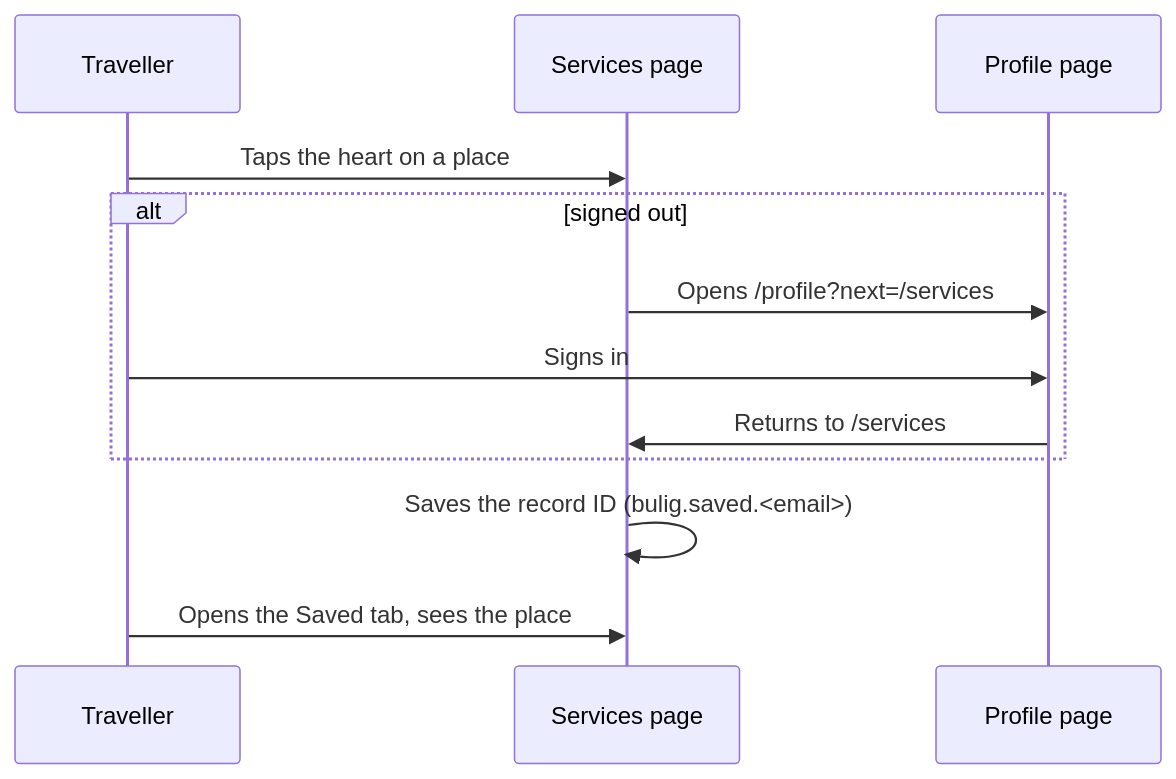
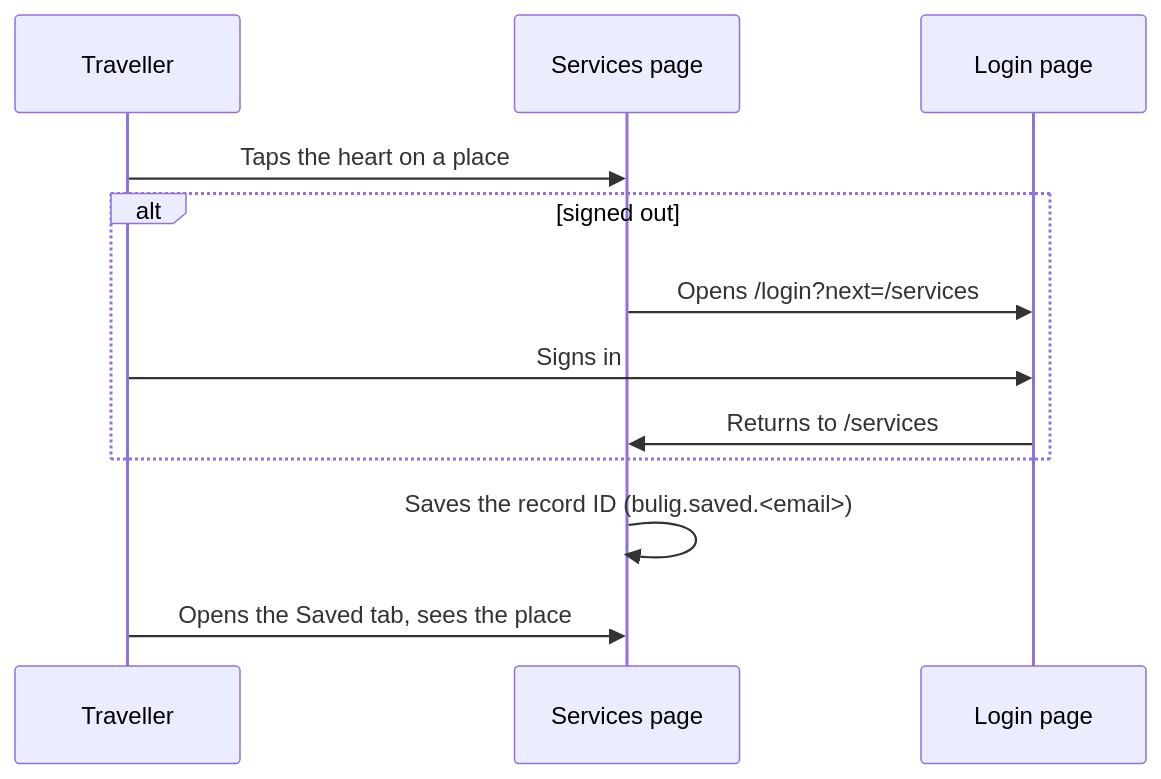
Before and after one commit to gitpushfrances/bulig: the third of 4 diagrams in docs/WORKFLOW.md, drawn with Mermaid. The commit also changed other lines of this file and 63 other files, not shown here.

````diff
--- a/docs/WORKFLOW.md
+++ b/docs/WORKFLOW.md
@@ -58,14 +58,14 @@
 ```mermaid
 sequenceDiagram
   participant T as Traveller
   participant S as Services page
-  participant A as Profile page
+  participant A as Login page
   T->>S: Taps the heart on a place
   alt signed out
-    S->>A: Opens /profile?next=/services
+    S->>A: Opens /login?next=/services
     T->>A: Signs in
     A->>S: Returns to /services
   end
   S->>S: Saves the record ID (bulig.saved.<email>)
   T->>S: Opens the Saved tab, sees the place
 ```
````
